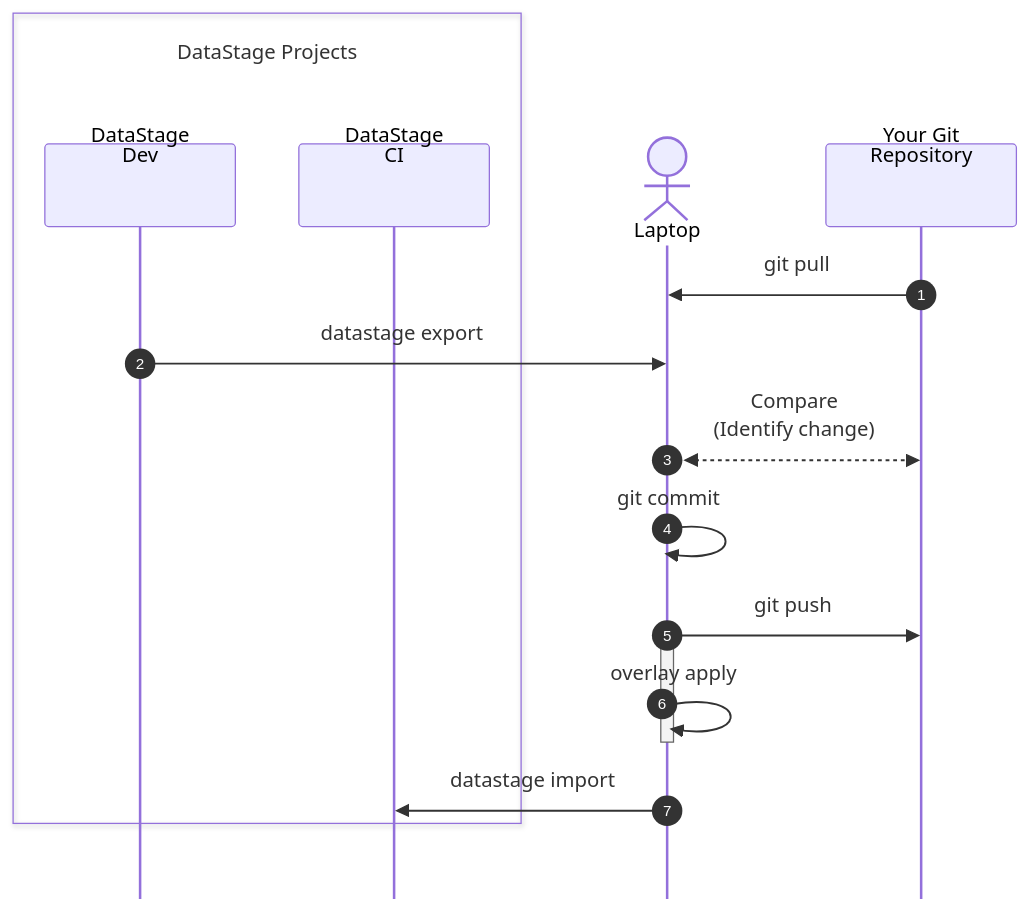
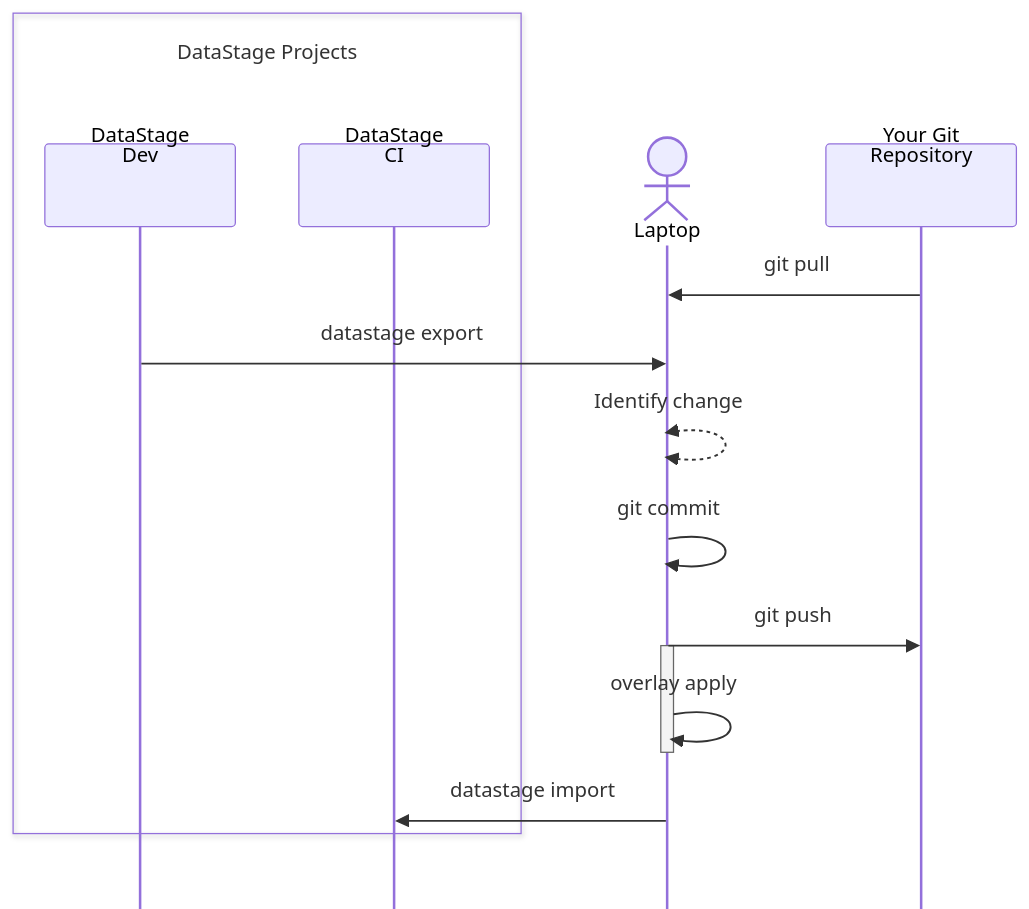
Before and after one commit to MettleCI/mcix-cli: the diagram in _pages/command-line/tutorial-steps.md, drawn with Mermaid. The commit also changed other lines of this file and 2 other files, not shown here.

````diff
--- a/_pages/command-line/tutorial-steps.md
+++ b/_pages/command-line/tutorial-steps.md
@@ -66,45 +66,43 @@
 ```mermaid
 %%{init: {'sequence': {'diagramMarginY': 50, 'mirrorActors': false}}}%%
 sequenceDiagram
-    autonumber
-
     %% ------------
     %% PARTICIPANTS
     %% ------------
     %%participant MCIX as MCIX<br/>Resources<br/><br/><br/><br/>
     box DataStage Projects<br/><br/><br/>
       participant DSDEV as DataStage<br/>Dev<br/><br/><br/><br/>
       participant DSCI as DataStage<br/>CI<br/><br/><br/><br/>
     end
     actor Laptop as Laptop
     participant Git as Your Git<br/>Repository<br/><br/><br/><br/>
 
     %% -----
     %% SETUP
     %% -----
     Git->>Laptop: git pull
     DSDEV->>Laptop: datastage export
 
     %% --------
     %% GIT PUSH
     %% --------
-    Laptop<<-->>Git: Compare<br/>(Identify change)
+    Laptop<<-->>Laptop: Identify change
     Laptop->>Laptop: git commit
     Laptop->>Git: git push
 
     %% ------------
     %% OVERLAYS
     %% ------------
     Activate Laptop
     Laptop->>Laptop: overlay apply
     deactivate Laptop
 
     Laptop->>DSCI: datastage import
 
     %% ASSET ANALYSIS
     %% Temporarily reemoved until supported by the tutorial
     %% MCIX->>Laptop: Asset Analysis Rules
     %% Activate Laptop
     %% Laptop->>Laptop: Asseet Analysis
     %% Deactivate Laptop
 ```
````
